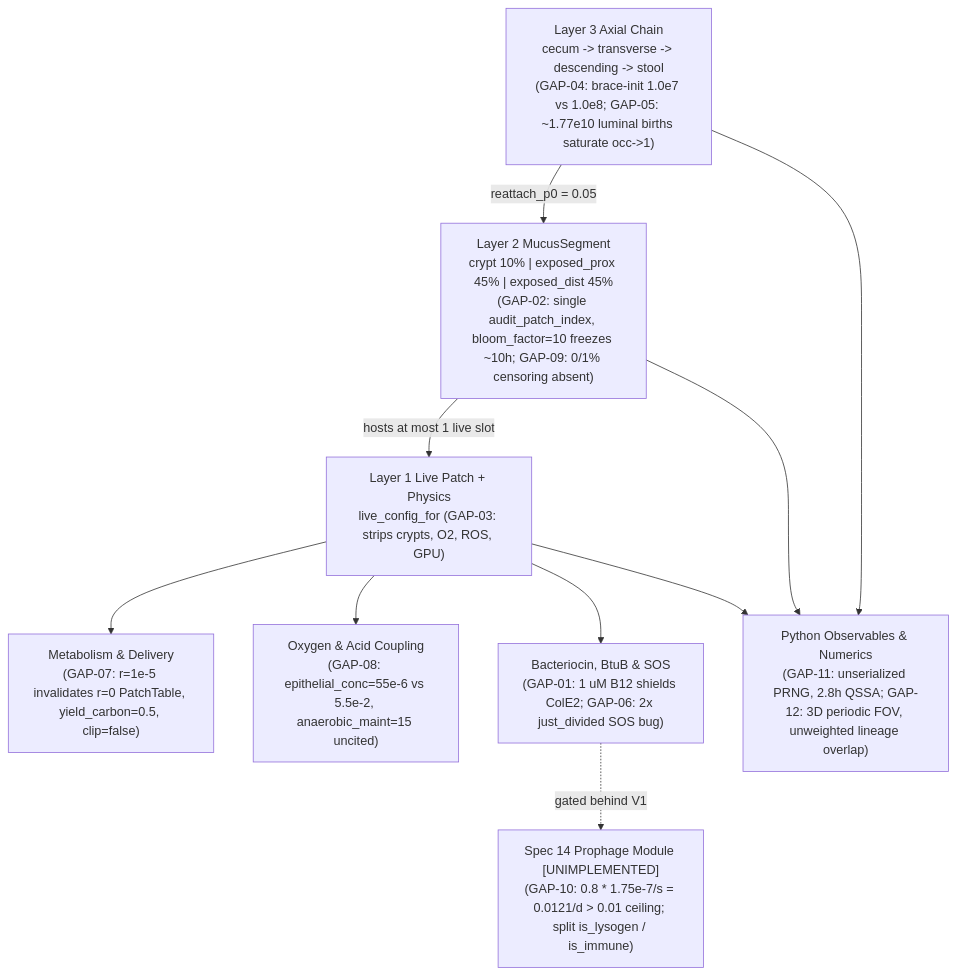
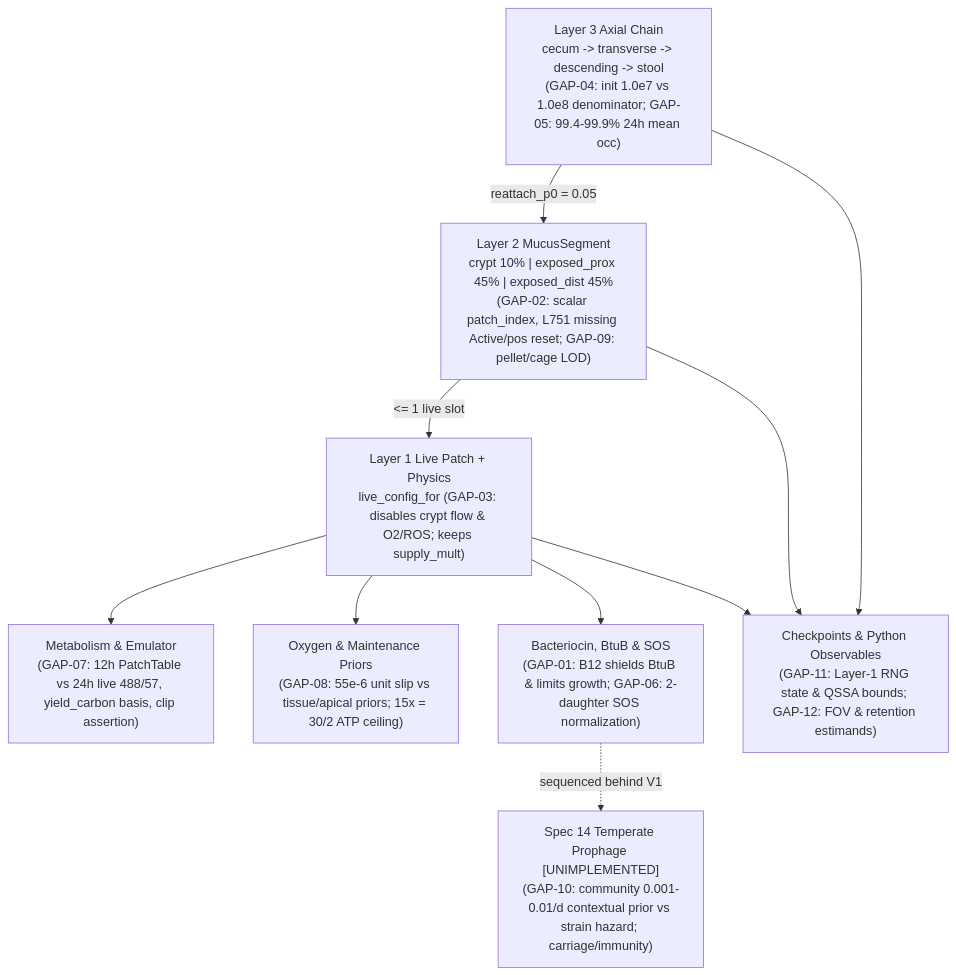
One commit to bckirkup/GutModelBacteriocins changed the diagram in docs/SPEC13_14_MODEL_AUDIT.md. Above: the diagram before and after it, drawn with Mermaid. The commit also changed other lines of this file and 9 other files, not shown here.

First line of the commit message:
docs: reconcile PR #456 calibration review & Spec 13-14 audit with 142-claim audit

````diff
--- a/docs/SPEC13_14_MODEL_AUDIT.md
+++ b/docs/SPEC13_14_MODEL_AUDIT.md
@@ -22,21 +30,21 @@
 ```mermaid
 flowchart TB
-    L3["Layer 3 Axial Chain<br/>cecum -> transverse -> descending -> stool<br/>(GAP-04: brace-init 1.0e7 vs 1.0e8; GAP-05: ~1.77e10 luminal births saturate occ->1)"]
-    L2["Layer 2 MucusSegment<br/>crypt 10% | exposed_prox 45% | exposed_dist 45%<br/>(GAP-02: single audit_patch_index, bloom_factor=10 freezes ~10h; GAP-09: 0/1% censoring absent)"]
-    L1["Layer 1 Live Patch + Physics<br/>live_config_for (GAP-03: strips crypts, O2, ROS, GPU)"]
-    MET["Metabolism & Delivery<br/>(GAP-07: r=1e-5 invalidates r=0 PatchTable, yield_carbon=0.5, clip=false)"]
-    OXY["Oxygen & Acid Coupling<br/>(GAP-08: epithelial_conc=55e-6 vs 5.5e-2, anaerobic_maint=15 uncited)"]
-    BAC["Bacteriocin, BtuB & SOS<br/>(GAP-01: 1 uM B12 shields ColE2; GAP-06: 2x just_divided SOS bug)"]
-    PRO["Spec 14 Prophage Module [UNIMPLEMENTED]<br/>(GAP-10: 0.8 * 1.75e-7/s = 0.0121/d > 0.01 ceiling; split is_lysogen / is_immune)"]
-    VAL["Python Observables & Numerics<br/>(GAP-11: unserialized PRNG, 2.8h QSSA; GAP-12: 3D periodic FOV, unweighted lineage overlap)"]
+    L3["Layer 3 Axial Chain<br/>cecum -> transverse -> descending -> stool<br/>(GAP-04: init 1.0e7 vs 1.0e8 denominator; GAP-05: 99.4-99.9% 24h mean occ)"]
+    L2["Layer 2 MucusSegment<br/>crypt 10% | exposed_prox 45% | exposed_dist 45%<br/>(GAP-02: scalar patch_index, L751 missing Active/pos reset; GAP-09: pellet/cage LOD)"]
+    L1["Layer 1 Live Patch + Physics<br/>live_config_for (GAP-03: disables crypt flow & O2/ROS; keeps supply_mult)"]
+    MET["Metabolism & Emulator<br/>(GAP-07: 12h PatchTable vs 24h live 488/57, yield_carbon basis, clip assertion)"]
+    OXY["Oxygen & Maintenance Priors<br/>(GAP-08: 55e-6 unit slip vs tissue/apical priors; 15x = 30/2 ATP ceiling)"]
+    BAC["Bacteriocin, BtuB & SOS<br/>(GAP-01: B12 shields BtuB & limits growth; GAP-06: 2-daughter SOS normalization)"]
+    PRO["Spec 14 Temperate Prophage [UNIMPLEMENTED]<br/>(GAP-10: community 0.001-0.01/d contextual prior vs strain hazard; carriage/immunity)"]
+    VAL["Checkpoints & Python Observables<br/>(GAP-11: Layer-1 RNG state & QSSA bounds; GAP-12: FOV & retention estimands)"]
 
     L3 -->|reattach_p0 = 0.05| L2
-    L2 -->|hosts at most 1 live slot| L1
+    L2 -->|<= 1 live slot| L1
     L1 --> MET
     L1 --> OXY
     L1 --> BAC
-    BAC -.->|gated behind V1| PRO
+    BAC -.->|sequenced behind V1| PRO
     L1 --> VAL
     L2 --> VAL
     L3 --> VAL
 ```
````
